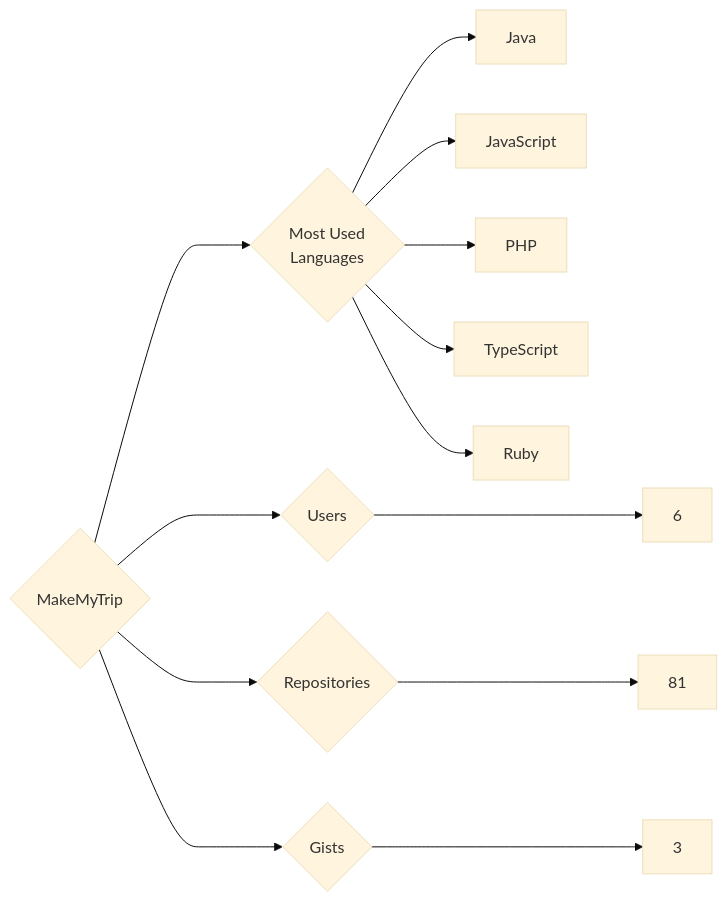
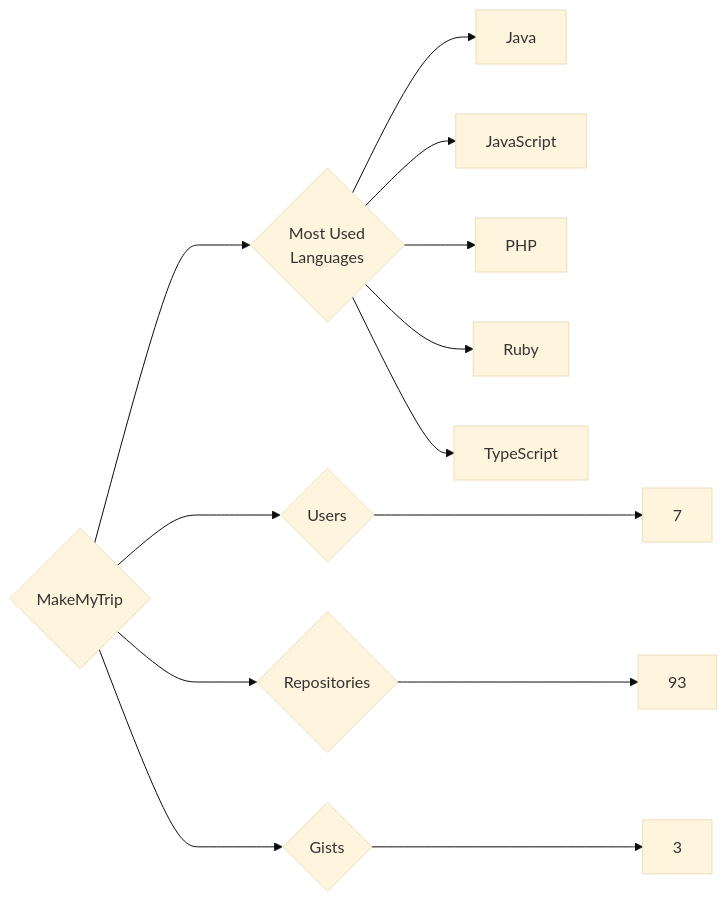
The diagram in targets/MakeMyTrip/README.md (trickest/insiders), drawn with Mermaid (base theme) before and after one commit. The commit also changed 1496 other files, not shown here.

````diff
--- a/targets/MakeMyTrip/README.md
+++ b/targets/MakeMyTrip/README.md
@@ -3,13 +3,13 @@
 ```mermaid
 graph LR
 COMPANY_NAME{MakeMyTrip}
-COMPANY_NAME ---> U{Users} ---> UN[6]
-COMPANY_NAME ---> R{Repositories} ---> RN[81]
+COMPANY_NAME ---> U{Users} ---> UN[7]
+COMPANY_NAME ---> R{Repositories} ---> RN[93]
 COMPANY_NAME ---> G{Gists} ---> GN[3]
 COMPANY_NAME ---> ML{Most Used<br>Languages}
 ML --> Java[Java]
 ML --> JavaScript[JavaScript]
 ML --> PHP[PHP]
+ML --> Ruby[Ruby]
 ML --> TypeScript[TypeScript]
-ML --> Ruby[Ruby]
 ```
````
